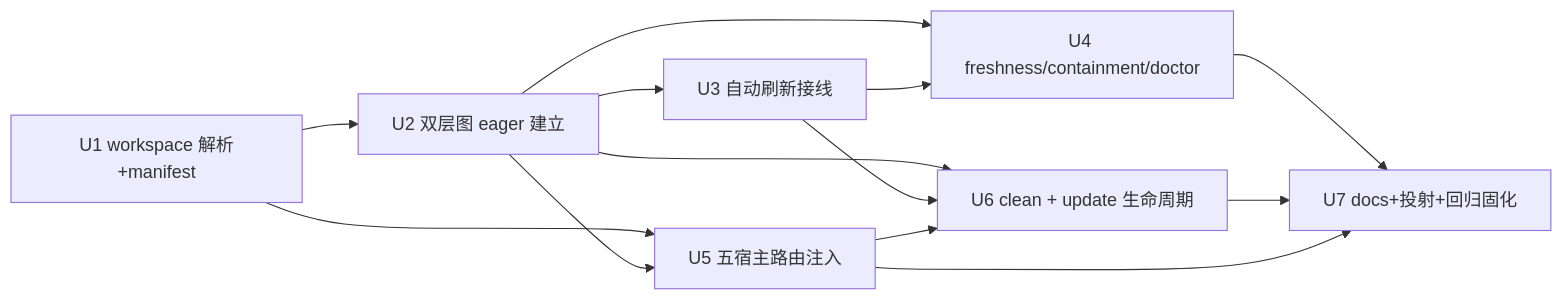
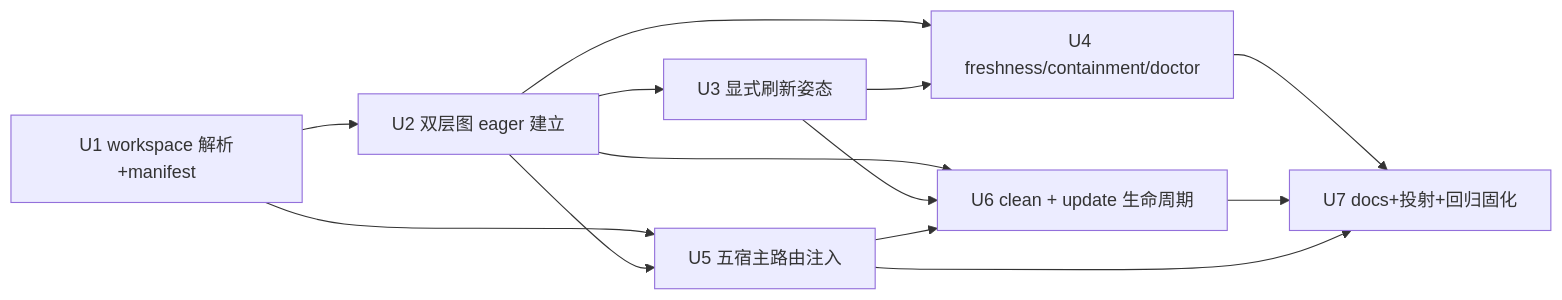
The third of 3 diagrams in docs/plans/2026-07-13-001-feat-per-requirement-workspace-multi-repo-graph-plan.md (leo-kuang-ai/spec-first), drawn with Mermaid before and after one commit. The commit also changed other lines of this file and 43 other files, not shown here.

First line of the commit message:
fix(mcp-setup): harden workspace-graph completion and review gates

````diff
--- a/docs/plans/2026-07-13-001-feat-per-requirement-workspace-multi-repo-graph-plan.md
+++ b/docs/plans/2026-07-13-001-feat-per-requirement-workspace-multi-repo-graph-plan.md
@@ -152,15 +150,15 @@
 ```mermaid
 flowchart LR
   U1[U1 workspace 解析+manifest] --> U2[U2 双层图 eager 建立]
-  U2 --> U3[U3 自动刷新接线]
+  U2 --> U3[U3 显式刷新姿态]
   U2 --> U4[U4 freshness/containment/doctor]
   U3 --> U4
   U1 --> U5[U5 五宿主路由注入]
   U2 --> U5
   U2 --> U6[U6 clean + update 生命周期]
   U3 --> U6
   U5 --> U6
   U4 --> U7[U7 docs+投射+回归固化]
   U6 --> U7
   U5 --> U7
 ```
````
